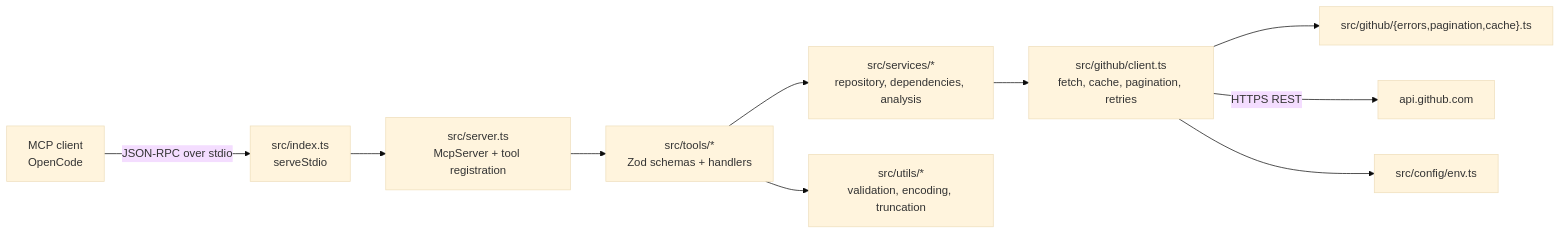
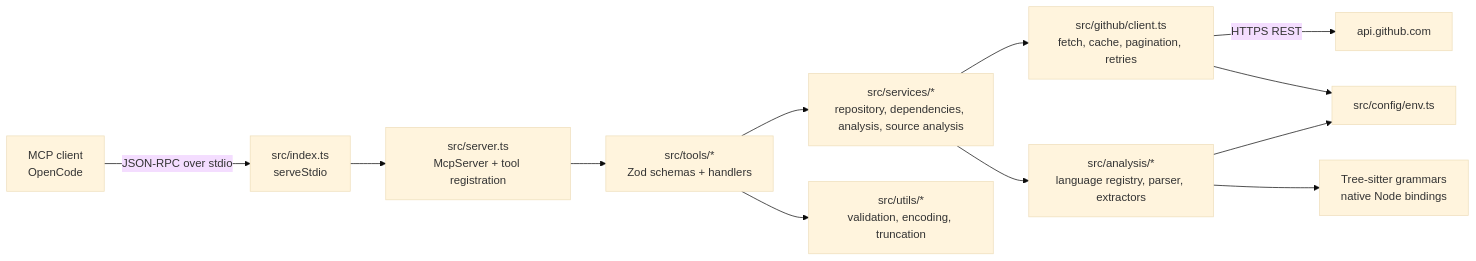
Before and after one commit to prarxbdha/RepoLens: the diagram in README.md, drawn with Mermaid (base theme). The commit also changed other lines of this file and 46 other files, not shown here.

First line of the commit message:
feat: add v0.3.0 static source analysis engine

````diff
--- a/README.md
+++ b/README.md
@@ -19,12 +20,14 @@
 ```mermaid
 flowchart LR
   A["MCP client<br/>OpenCode"] -->|"JSON-RPC over stdio"| B["src/index.ts<br/>serveStdio"]
   B --> C["src/server.ts<br/>McpServer + tool registration"]
   C --> D["src/tools/*<br/>Zod schemas + handlers"]
-  D --> E["src/services/*<br/>repository, dependencies, analysis"]
+  D --> E["src/services/*<br/>repository, dependencies, analysis, source analysis"]
   E --> F["src/github/client.ts<br/>fetch, cache, pagination, retries"]
-  F --> G["src/github/{errors,pagination,cache}.ts"]
-  F -->|"HTTPS REST"| H["api.github.com"]
-  D --> I["src/utils/*<br/>validation, encoding, truncation"]
-  F --> J["src/config/env.ts"]
+  F -->|"HTTPS REST"| G["api.github.com"]
+  E --> H["src/analysis/*<br/>language registry, parser, extractors"]
+  H --> I["Tree-sitter grammars<br/>native Node bindings"]
+  D --> J["src/utils/*<br/>validation, encoding, truncation"]
+  F --> K["src/config/env.ts"]
+  H --> K
 ```
````
